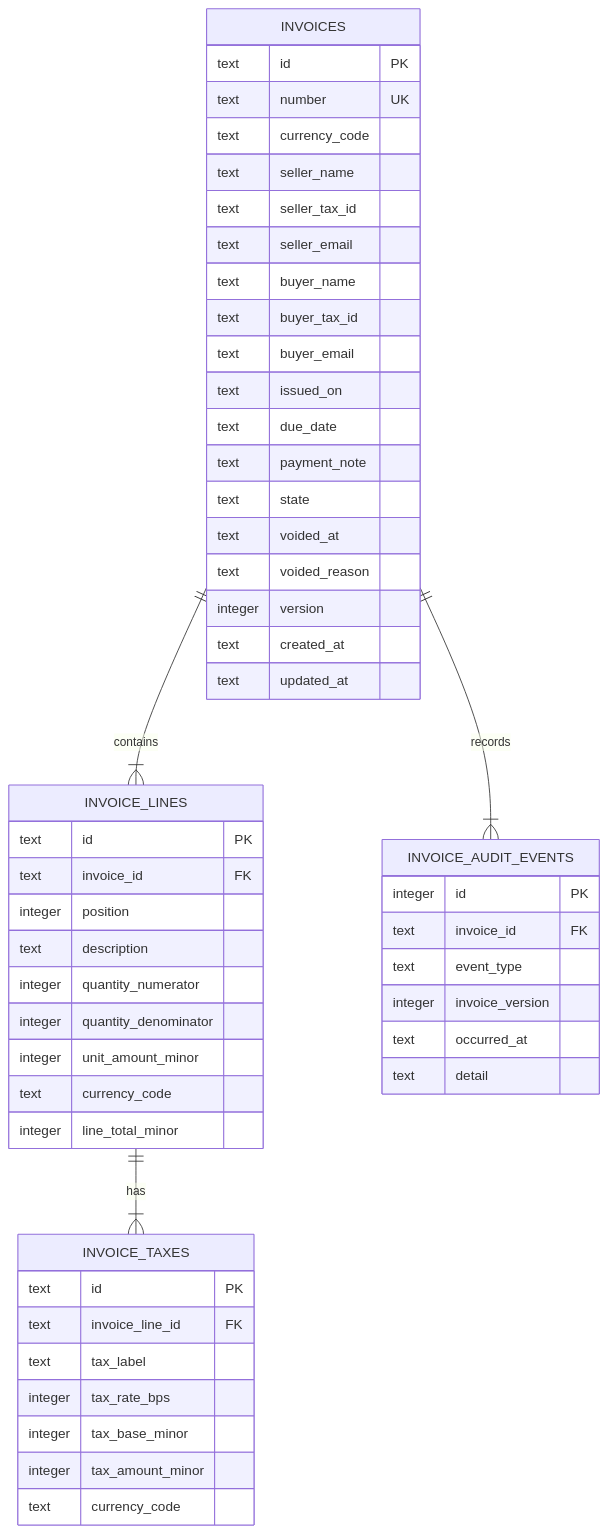
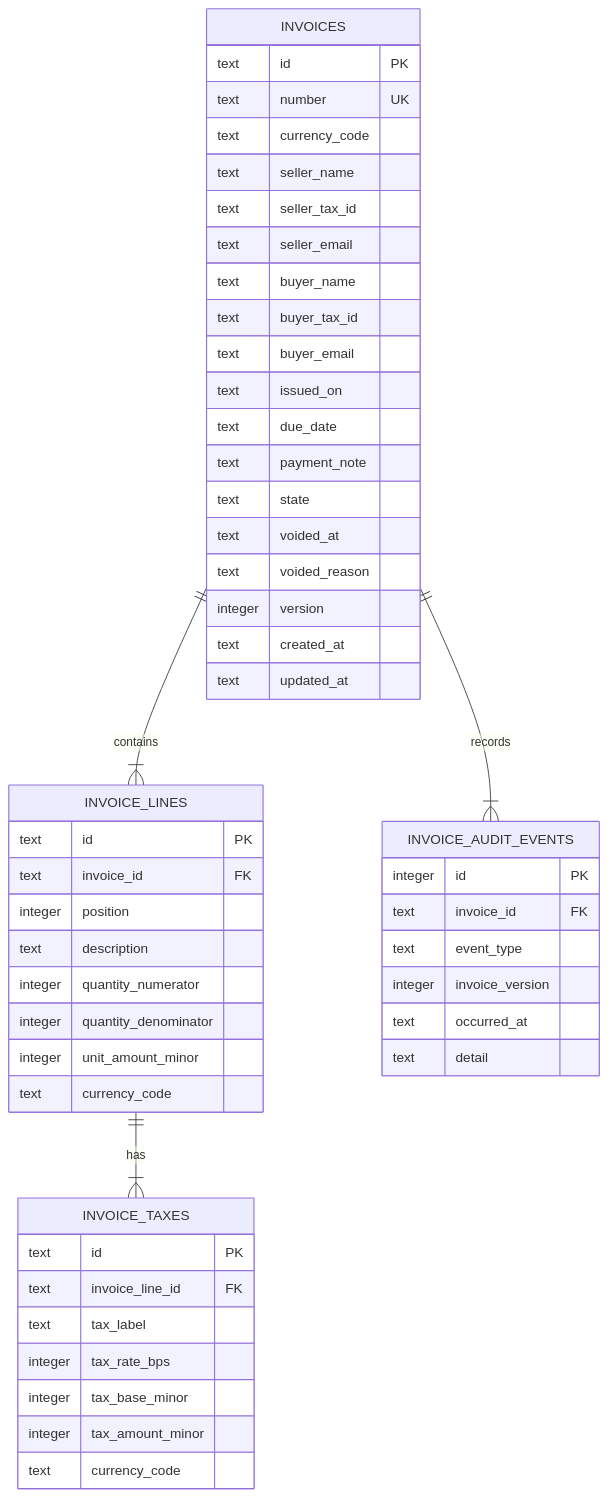
Before and after one commit to IdelsTak/plain-invoice-app: the first of 3 diagrams in docs/PERSISTENCE-DESIGN.md, drawn with Mermaid. The commit also changed other lines of this file and 3 other files, not shown here.

````diff
--- a/docs/PERSISTENCE-DESIGN.md
+++ b/docs/PERSISTENCE-DESIGN.md
@@ -163,58 +164,57 @@
 ```mermaid
 erDiagram
     INVOICES ||--|{ INVOICE_LINES : contains
     INVOICES ||--|{ INVOICE_AUDIT_EVENTS : records
     INVOICE_LINES ||--|{ INVOICE_TAXES : has
 
     INVOICES {
       text id PK
       text number UK
       text currency_code
       text seller_name
       text seller_tax_id
       text seller_email
       text buyer_name
       text buyer_tax_id
       text buyer_email
       text issued_on
       text due_date
       text payment_note
       text state
       text voided_at
       text voided_reason
       integer version
       text created_at
       text updated_at
     }
 
     INVOICE_LINES {
       text id PK
       text invoice_id FK
       integer position
       text description
       integer quantity_numerator
       integer quantity_denominator
       integer unit_amount_minor
       text currency_code
-      integer line_total_minor
     }
 
     INVOICE_TAXES {
       text id PK
       text invoice_line_id FK
       text tax_label
       integer tax_rate_bps
       integer tax_base_minor
       integer tax_amount_minor
       text currency_code
     }
 
     INVOICE_AUDIT_EVENTS {
       integer id PK
       text invoice_id FK
       text event_type
       integer invoice_version
       text occurred_at
       text detail
     }
 ```
````
